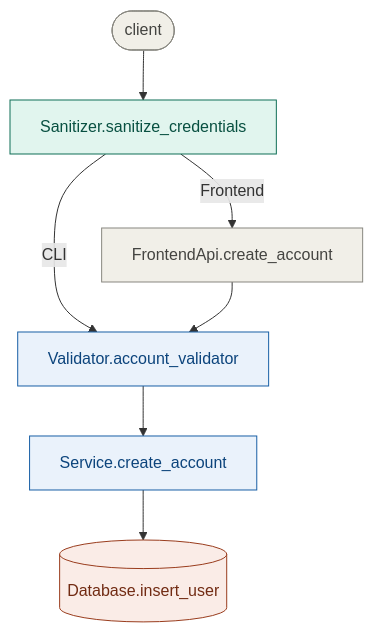
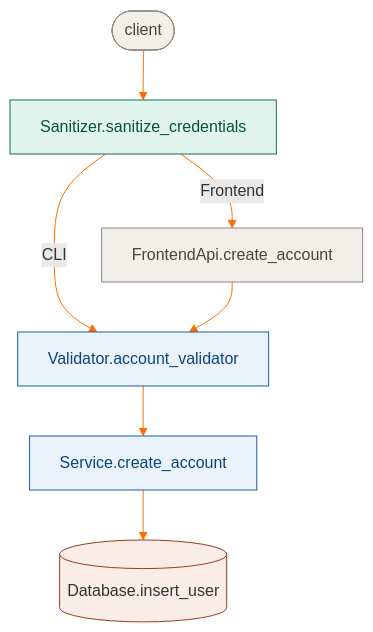
The second of 6 diagrams in images/mermaid-source.md (Aditi1900/investment-app), drawn with Mermaid before and after one commit. The commit also changed other lines of this file and 12 other files, not shown here.

Commit message:
changed mermaid source and images arrows to a clear orange

````diff
--- a/images/mermaid-source.md
+++ b/images/mermaid-source.md
@@ -51,17 +67,23 @@
 ```mermaid
 flowchart TD
     A([client])
     A --> B[Sanitizer.sanitize_credentials]
     B -->|CLI| D[Validator.account_validator]
     B -->|Frontend| C[FrontendApi.create_account]
     C --> D
     D --> E[Service.create_account]
     E --> F[(Database.insert_user)]
 
     style A fill:#F1EFE8,stroke:#888780,color:#444441
     style B fill:#E1F5EE,stroke:#0F6E56,color:#085041
     style C fill:#F1EFE8,stroke:#888780,color:#444441
     style D fill:#EAF2FB,stroke:#185FA5,color:#0C447C
     style E fill:#EAF2FB,stroke:#185FA5,color:#0C447C
-    style F fill:#FAECE7,stroke:#993C1D,color:#712B13
+    style F fill:#FAECE7,stroke:#993C1D,color:#712B13\
+    linkStyle 0 stroke:#FF6D00,fill:none
+    linkStyle 1 stroke:#FF6D00,fill:none
+    linkStyle 2 stroke:#FF6D00,fill:none
+    linkStyle 3 stroke:#FF6D00,fill:none
+    linkStyle 4 stroke:#FF6D00,fill:none
+    linkStyle 5 stroke:#FF6D00
 ```
````
